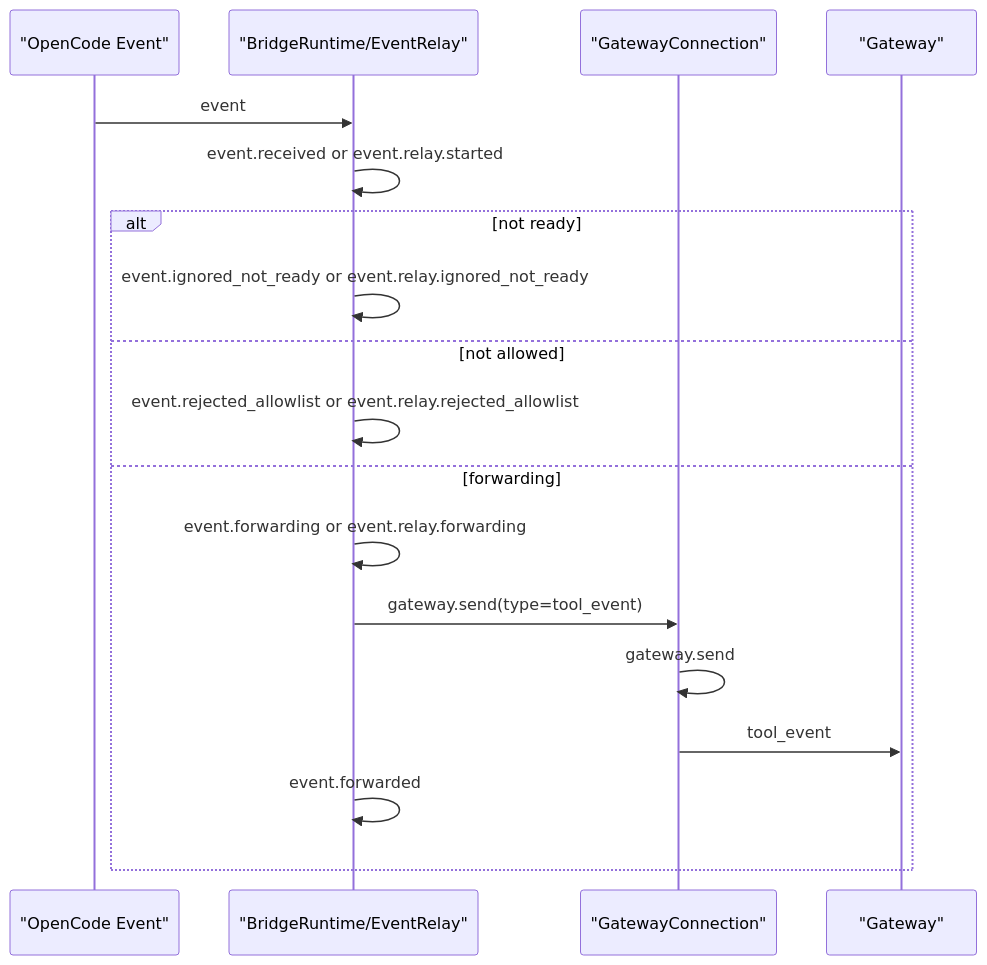
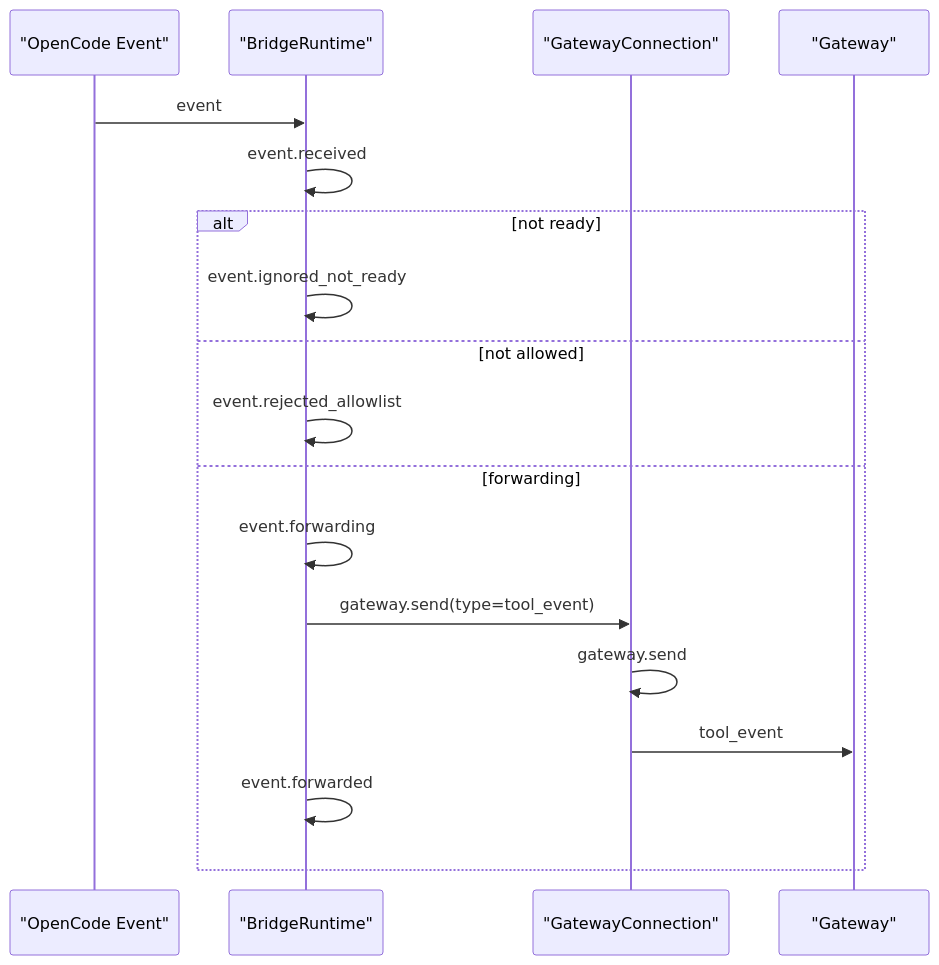
Before and after one commit to yuzhangCZ/agent-plugin: the third of 4 diagrams in docs/operations/logging-reference.md, drawn with Mermaid. The commit also changed other lines of this file and 15 other files, not shown here.

Commit message:
refactor(message-bridge): remove deprecated relay path

````diff
--- a/docs/operations/logging-reference.md
+++ b/docs/operations/logging-reference.md
@@ -112,21 +112,21 @@
 ```mermaid
 sequenceDiagram
   participant O as "OpenCode Event"
-  participant P as "BridgeRuntime/EventRelay"
+  participant P as "BridgeRuntime"
   participant G as "GatewayConnection"
   participant GW as "Gateway"
 
   O->>P: event
-  P->>P: event.received or event.relay.started
+  P->>P: event.received
   alt not ready
-    P->>P: event.ignored_not_ready or event.relay.ignored_not_ready
+    P->>P: event.ignored_not_ready
   else not allowed
-    P->>P: event.rejected_allowlist or event.relay.rejected_allowlist
+    P->>P: event.rejected_allowlist
   else forwarding
-    P->>P: event.forwarding or event.relay.forwarding
+    P->>P: event.forwarding
     P->>G: gateway.send(type=tool_event)
     G->>G: gateway.send
     G->>GW: tool_event
     P->>P: event.forwarded
   end
 ```
````
